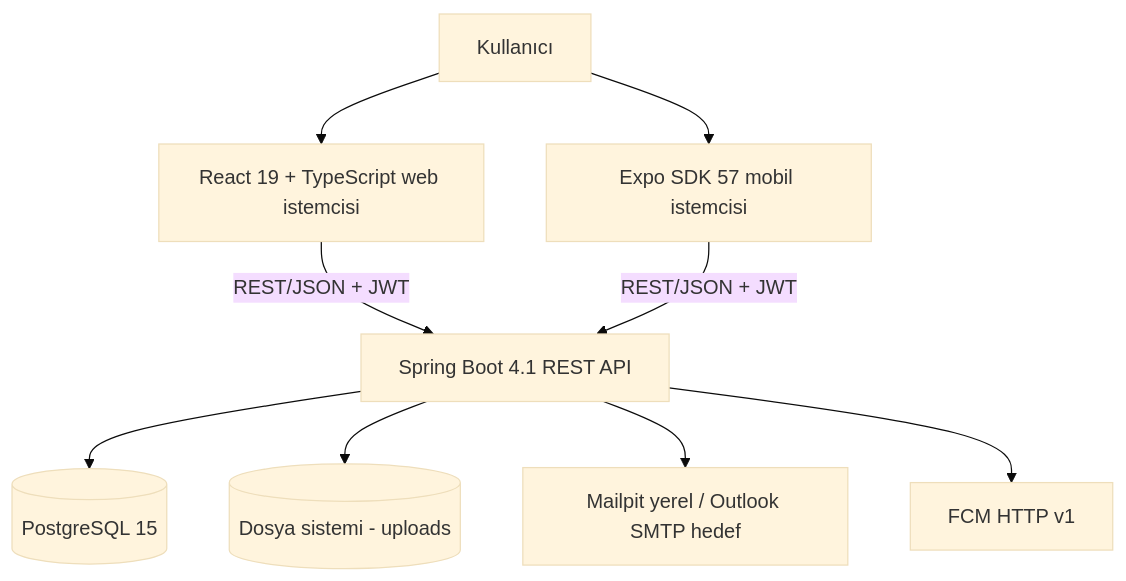
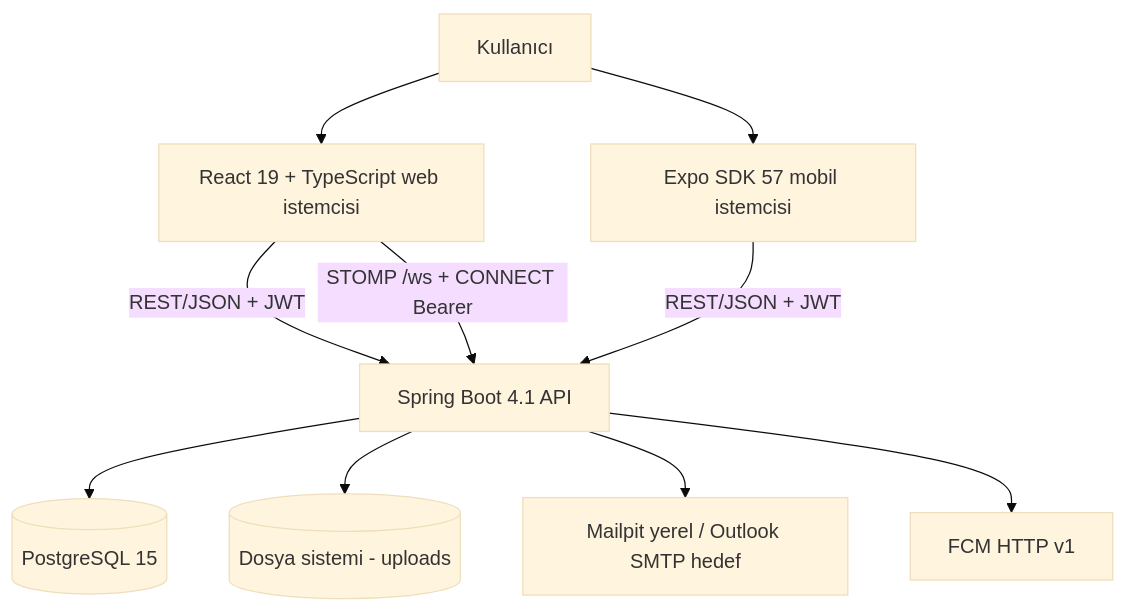
The first of 2 diagrams in docs/architecture.md (btkstajyer26/WorkFlowProject), drawn with Mermaid (base theme) before and after one commit. The commit also changed other lines of this file and 14 other files, not shown here.

````diff
--- a/docs/architecture.md
+++ b/docs/architecture.md
@@ -25,11 +25,12 @@
 ```mermaid
 flowchart TB
     U[Kullanıcı] --> UI[React 19 + TypeScript web istemcisi]
     U --> MOBILE[Expo SDK 57 mobil istemcisi]
-    UI -->|REST/JSON + JWT| API[Spring Boot 4.1 REST API]
+    UI -->|REST/JSON + JWT| API[Spring Boot 4.1 API]
+    UI -->|STOMP /ws + CONNECT Bearer| API
     MOBILE -->|REST/JSON + JWT| API
     API --> DB[(PostgreSQL 15)]
     API --> FS[(Dosya sistemi - uploads)]
     API --> SMTP[Mailpit yerel / Outlook SMTP hedef]
     API --> FCM[FCM HTTP v1]
 ```
````
